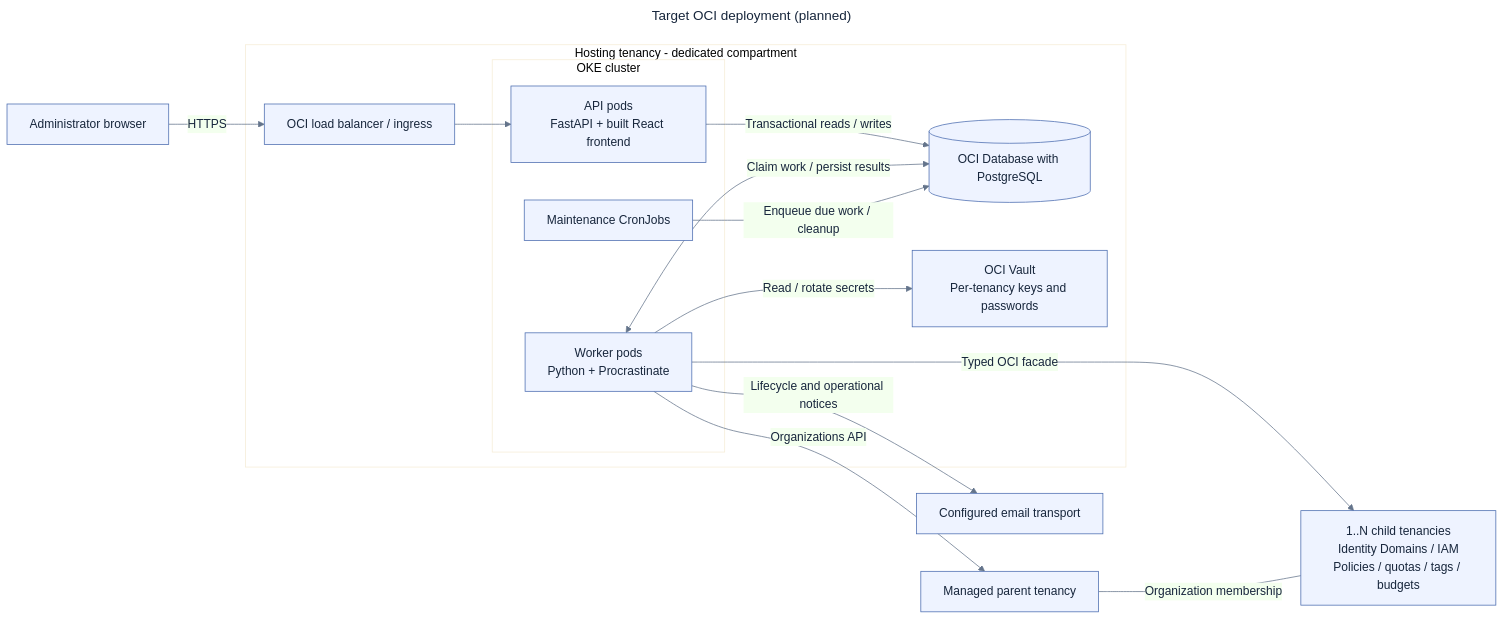
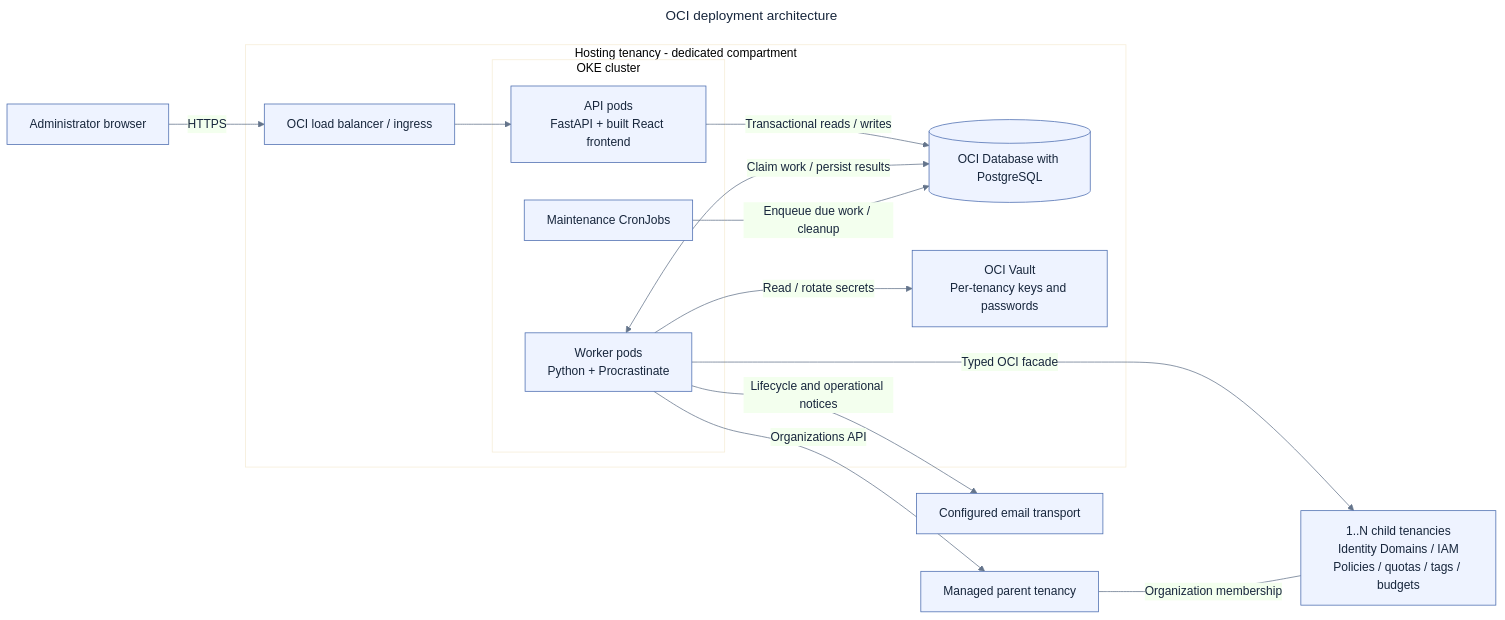
One commit to eshneken/oci-tenancy-manager changed the diagram in docs/architecture/diagrams/oci-deployment.mmd. Above: the diagram before and after it, drawn with Mermaid. The commit also changed 11 other files, not shown here.

Commit message:
Use stable architecture labels for OCI adapters and secret stores

```diff
--- a/docs/architecture/diagrams/oci-deployment.mmd
+++ b/docs/architecture/diagrams/oci-deployment.mmd
@@ -1,30 +1,30 @@
 ---
-title: Target OCI deployment (planned)
+title: OCI deployment architecture
 config:
   theme: base
   themeVariables:
     primaryColor: '#eef3ff'
     primaryTextColor: '#17263c'
     primaryBorderColor: '#496baf'
     lineColor: '#64748b'
 ---
 flowchart LR
   Admin[Administrator browser] -->|HTTPS| LB[OCI load balancer / ingress]
   subgraph Host[Hosting tenancy - dedicated compartment]
     subgraph OKE[OKE cluster]
       API[API pods\nFastAPI + built React frontend]
       Worker[Worker pods\nPython + Procrastinate]
       Cron[Maintenance CronJobs]
     end
     PG[(OCI Database with PostgreSQL)]
     Vault[OCI Vault\nPer-tenancy keys and passwords]
     LB --> API
     API -->|Transactional reads / writes| PG
     Worker <-->|Claim work / persist results| PG
     Cron -->|Enqueue due work / cleanup| PG
     Worker -->|Read / rotate secrets| Vault
   end
   Worker -->|Organizations API| Parent[Managed parent tenancy]
   Worker -->|Typed OCI facade| Child[1..N child tenancies\nIdentity Domains / IAM\nPolicies / quotas / tags / budgets]
   Parent ---|Organization membership| Child
   Worker -->|Lifecycle and operational notices| Email[Configured email transport]
```
